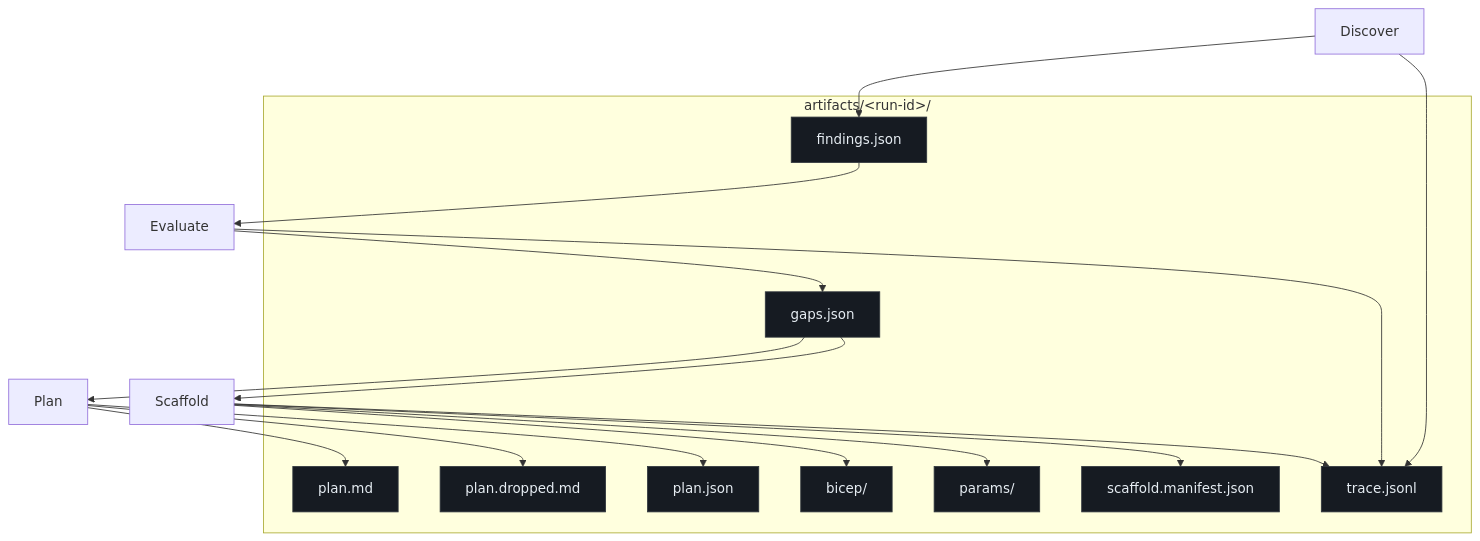
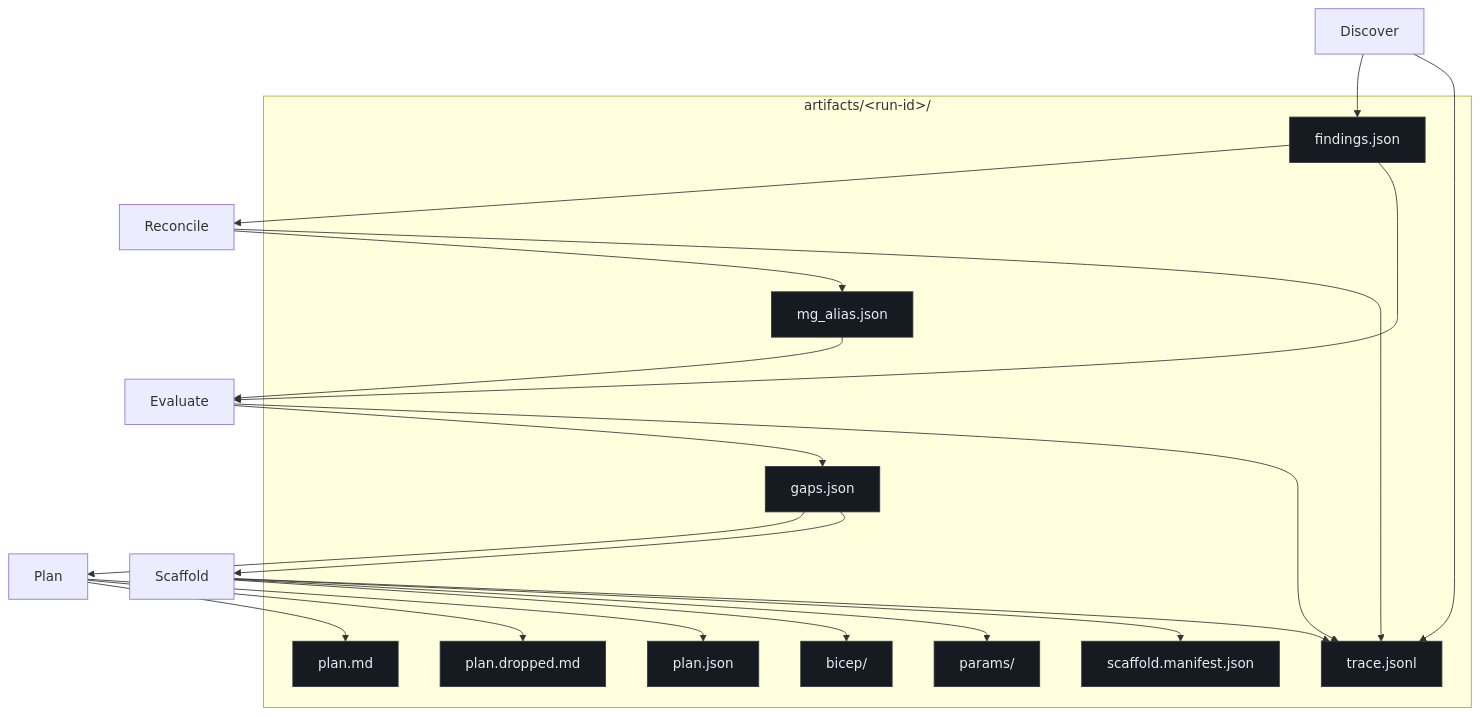
One commit to msucharda/slz-readiness changed the diagram in wiki/docs/getting-started/artifacts.md. Above: the diagram before and after it, drawn with Mermaid. The commit also changed other lines of this file and 39 other files, not shown here.

````diff
--- a/wiki/docs/getting-started/artifacts.md
+++ b/wiki/docs/getting-started/artifacts.md
@@ -29,31 +32,36 @@
 ```mermaid
 flowchart TB
     subgraph Run["artifacts/&lt;run-id&gt;/"]
         F["findings.json"]:::a
+        A["mg_alias.json"]:::a
         G["gaps.json"]:::a
         P["plan.md"]:::a
         PD["plan.dropped.md"]:::a
         PJ["plan.json"]:::a
         B["bicep/"]:::a
         PR["params/"]:::a
         M["scaffold.manifest.json"]:::a
         T["trace.jsonl"]:::a
     end
 
     Discover --> F
     Discover --> T
+    F --> Reconcile
+    Reconcile --> A
+    Reconcile --> T
     F --> Evaluate
+    A --> Evaluate
     Evaluate --> G
     Evaluate --> T
     G --> Plan
     Plan --> P
     Plan --> PD
     Plan --> PJ
     G --> Scaffold
     Scaffold --> B
     Scaffold --> PR
     Scaffold --> M
     Scaffold --> T
 
     classDef a fill:#161b22,stroke:#30363d,color:#e6edf3;
 ```
````
